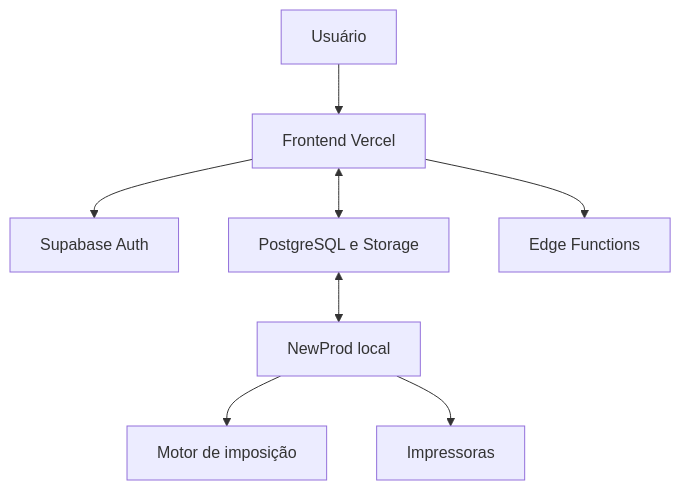
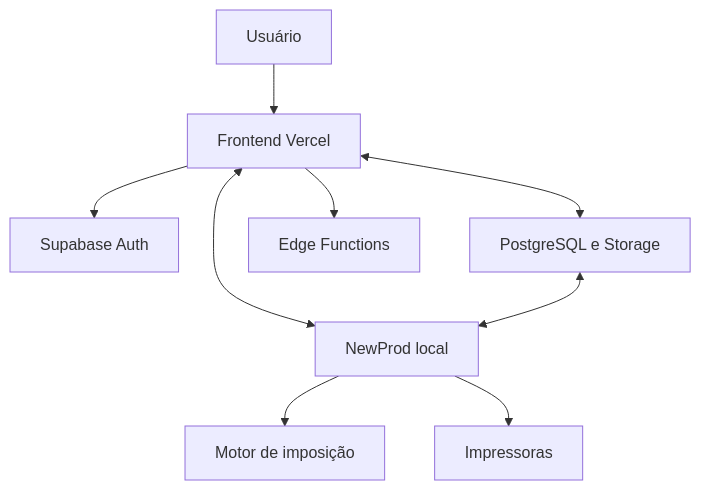
The diagram in docs/ARQUITETURA.md (ingressoideal1-gif/imposicao), drawn with Mermaid before and after one commit. The commit also changed other lines of this file, not shown here.

Commit message:
docs: distingue segredos e explicita canal do NewProd

````diff
--- a/docs/ARQUITETURA.md
+++ b/docs/ARQUITETURA.md
@@ -7,10 +7,11 @@
 ```mermaid
 flowchart TD
     U["Usuário"] --> W["Frontend Vercel"]
     W --> A["Supabase Auth"]
     W <--> D["PostgreSQL e Storage"]
     W --> E["Edge Functions"]
-    D <--> N["NewProd local"]
+    W <--> N["NewProd local"]
+    D <--> N
     N --> G["Motor de imposição"]
     N --> P["Impressoras"]
 ```
````
